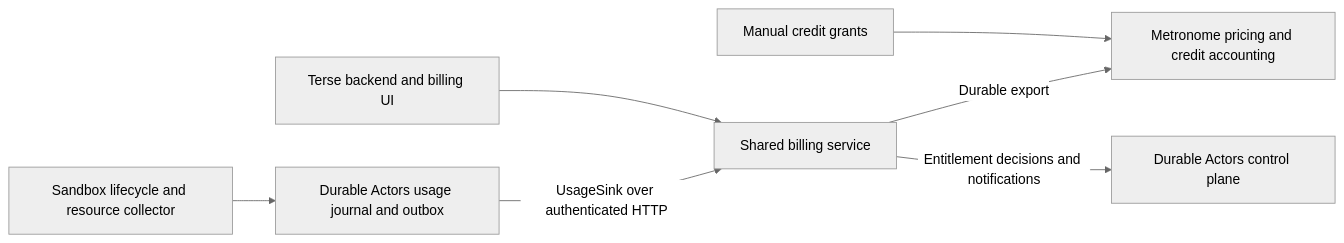
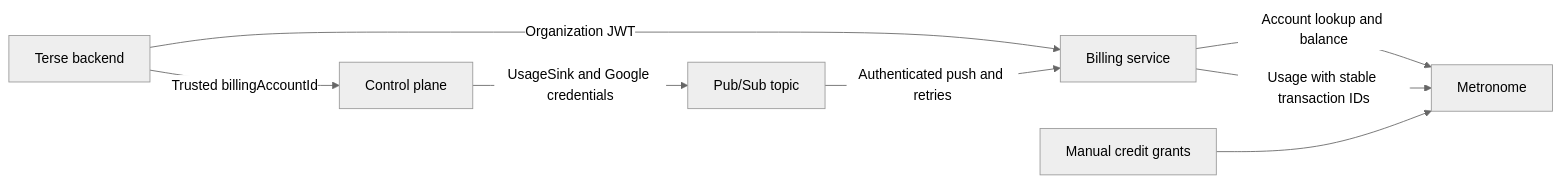
The diagram in docs/plans/sandbox-billing.md (TerseAI/durable-actors), drawn with Mermaid (neutral theme) before and after one commit. The commit also changed other lines of this file and 30 other files, not shown here.

Commit message:
Publish sandbox usage through Pub/Sub from durable checkpoints

````diff
--- a/docs/plans/sandbox-billing.md
+++ b/docs/plans/sandbox-billing.md
@@ -84,9 +5,10 @@
 ```mermaid
 flowchart LR
-    Runtime[Sandbox lifecycle and resource collector] --> Ledger[Durable Actors usage journal and outbox]
-    Ledger -->|UsageSink over authenticated HTTP| Billing[Shared billing service]
-    Billing -->|Durable export| Metronome[Metronome pricing and credit accounting]
+    Terse[Terse backend] -->|Organization JWT| Billing[Billing service]
+    Billing -->|Account lookup and balance| Metronome
+    Terse -->|Trusted billingAccountId| Runtime[Control plane]
+    Runtime -->|UsageSink and Google credentials| Topic[Pub/Sub topic]
+    Topic -->|Authenticated push and retries| Billing
+    Billing -->|Usage with stable transaction IDs| Metronome
     Operator[Manual credit grants] --> Metronome
-    Terse[Terse backend and billing UI] --> Billing
-    Billing -->|Entitlement decisions and notifications| Control[Durable Actors control plane]
 ```
````
